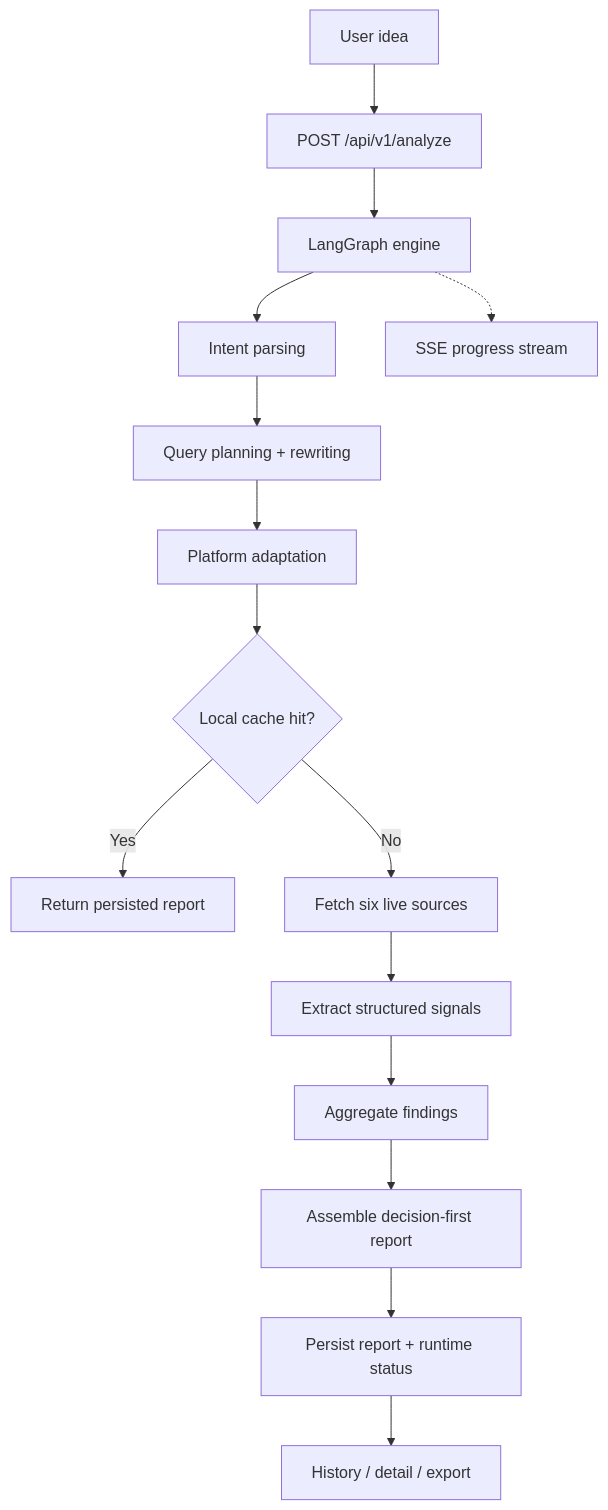
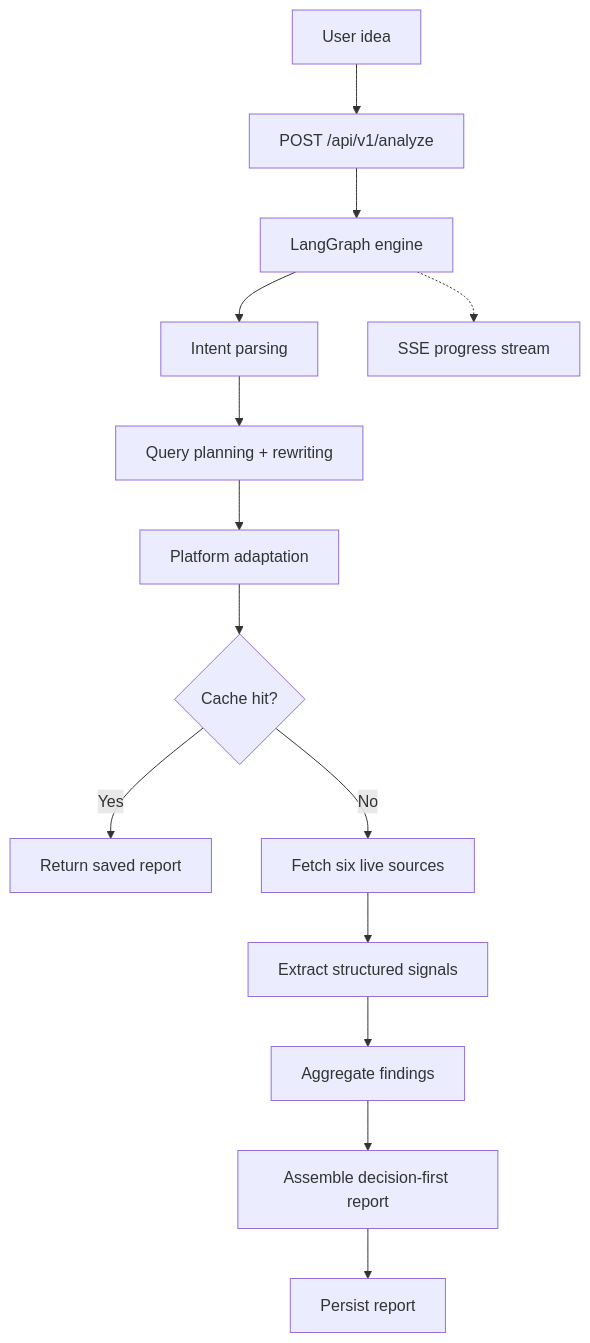
The diagram in README.md (abhisheksen777/SignalForge), drawn with Mermaid before and after one commit. The commit also changed other lines of this file and 211 other files, not shown here.

````diff
--- a/README.md
+++ b/README.md
@@ -233,17 +54,16 @@
 ```mermaid
 flowchart TD
     A["User idea"] --> B["POST /api/v1/analyze"]
     B --> C["LangGraph engine"]
     C --> D["Intent parsing"]
     D --> E["Query planning + rewriting"]
     E --> F["Platform adaptation"]
-    F --> G{"Local cache hit?"}
-    G -->|Yes| H["Return persisted report"]
+    F --> G{"Cache hit?"}
+    G -->|Yes| H["Return saved report"]
     G -->|No| I["Fetch six live sources"]
     I --> J["Extract structured signals"]
     J --> K["Aggregate findings"]
     K --> L["Assemble decision-first report"]
-    L --> M["Persist report + runtime status"]
-    M --> N["History / detail / export"]
-    C -.-> O["SSE progress stream"]
+    L --> M["Persist report"]
+    C -.-> N["SSE progress stream"]
 ```
````
